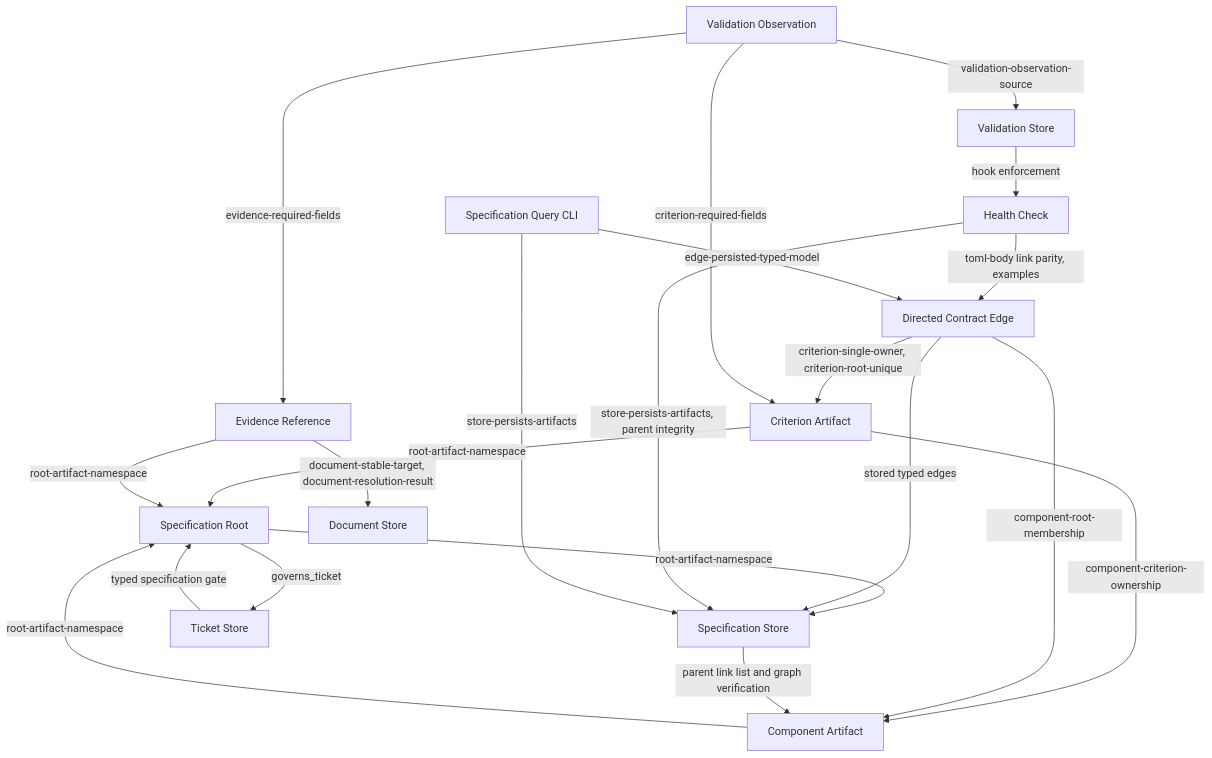
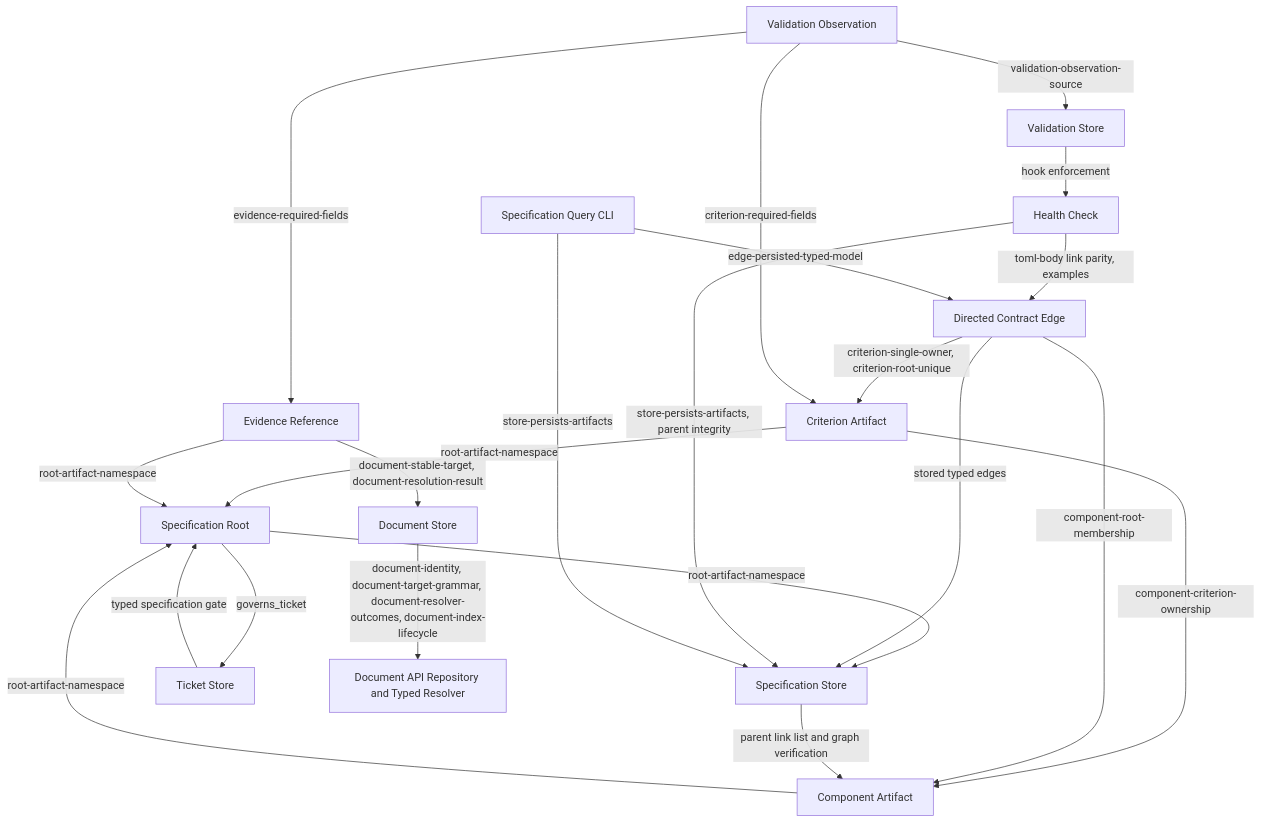
Before and after one commit to mankinskin/context-engine: the diagram in .spec/specs/f1b8f01a-c7da-4a71-97c5-39519a7d7f38/body.md, drawn with Mermaid. The commit also changed other lines of this file and 8 other files, not shown here.

Commit message:
docs(spec): define document resolver and gate filtering

````diff
--- a/.spec/specs/f1b8f01a-c7da-4a71-97c5-39519a7d7f38/body.md
+++ b/.spec/specs/f1b8f01a-c7da-4a71-97c5-39519a7d7f38/body.md
@@ -31,23 +32,24 @@
 ```mermaid
 flowchart TD
 		Root[Specification Root] -->|root-artifact-namespace| Store[Specification Store]
 		Root -->|governs_ticket| Ticket[Ticket Store]
 		Ticket -->|typed specification gate| Root
 		Component[Component Artifact] -->|root-artifact-namespace| Root
 		Criterion[Criterion Artifact] -->|component-criterion-ownership| Component
 		Criterion -->|root-artifact-namespace| Root
 		Evidence[Evidence Reference] -->|root-artifact-namespace| Root
 		Evidence -->|document-stable-target, document-resolution-result| Document[Document Store]
+		Document -->|document-identity, document-target-grammar, document-resolver-outcomes, document-index-lifecycle| DocumentProvider[Document API Repository and Typed Resolver]
 		Edge[Directed Contract Edge] -->|component-root-membership| Component
 		Edge -->|criterion-single-owner, criterion-root-unique| Criterion
 		Edge -->|stored typed edges| Store
 		Observation[Validation Observation] -->|criterion-required-fields| Criterion
 		Observation -->|evidence-required-fields| Evidence
 		Observation -->|validation-observation-source| Validation[Validation Store]
 		Health[Health Check] -->|store-persists-artifacts, parent integrity| Store
 		Health -->|toml-body link parity, examples| Edge
 		Validation -->|hook enforcement| Health
 		Store -->|parent link list and graph verification| Component
 		Query[Specification Query CLI] -->|store-persists-artifacts| Store
 		Query -->|edge-persisted-typed-model| Edge
 ```
````
